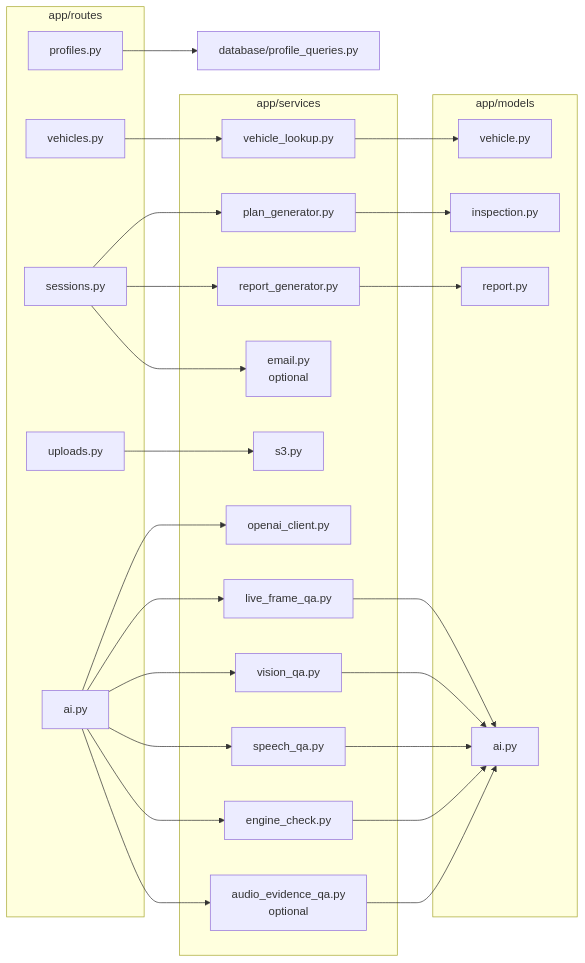
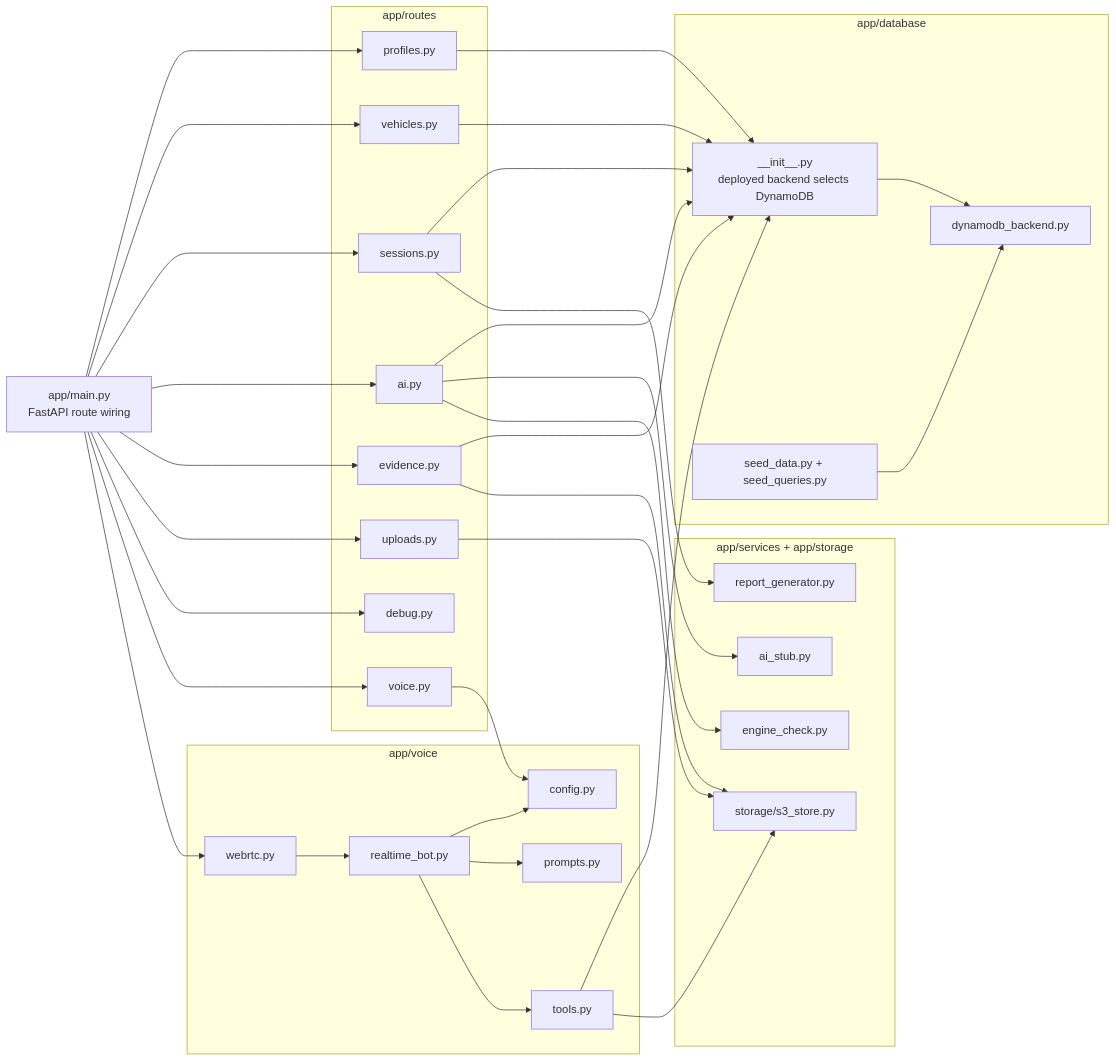
The fifth of 11 diagrams in ARCHITECTURE.md (adityabhattad2021/Inspection-Copilot), drawn with Mermaid before and after one commit. The commit also changed other lines of this file, not shown here.

Commit message:
docs: update architecture md

````diff
--- a/ARCHITECTURE.md
+++ b/ARCHITECTURE.md
@@ -152,55 +220,68 @@
 ```mermaid
 flowchart LR
+  Main["app/main.py<br/>FastAPI route wiring"]
+
   subgraph Routes["app/routes"]
     Profiles["profiles.py"]
     Vehicles["vehicles.py"]
     Sessions["sessions.py"]
+    AI["ai.py"]
+    Evidence["evidence.py"]
     Uploads["uploads.py"]
-    AI["ai.py"]
+    Debug["debug.py"]
+    Voice["voice.py"]
   end
 
-  subgraph Services["app/services"]
-    VehicleLookup["vehicle_lookup.py"]
-    PlanGen["plan_generator.py"]
-    S3Svc["s3.py"]
-    OpenAIClient["openai_client.py"]
-    LiveFrameQA["live_frame_qa.py"]
-    VisionQA["vision_qa.py"]
-    SpeechQA["speech_qa.py"]
-    EngineCheck["engine_check.py"]
-    AudioEvidenceQA["audio_evidence_qa.py<br/>optional"]
-    ReportGen["report_generator.py"]
-    EmailSvc["email.py<br/>optional"]
+  subgraph VoiceRuntime["app/voice"]
+    WebRTC["webrtc.py"]
+    Bot["realtime_bot.py"]
+    Config["config.py"]
+    Prompts["prompts.py"]
+    Tools["tools.py"]
   end
 
-  subgraph Models["app/models"]
-    VehicleModel["vehicle.py"]
-    InspectionModel["inspection.py"]
-    AIModel["ai.py"]
-    ReportModel["report.py"]
+  subgraph Persistence["app/database"]
+    Adapter["__init__.py<br/>deployed backend selects DynamoDB"]
+    Dynamo["dynamodb_backend.py"]
+    Seed["seed_data.py + seed_queries.py"]
   end
 
-  ProfileStore["database/profile_queries.py"]
+  subgraph Services["app/services + app/storage"]
+    AIStub["ai_stub.py"]
+    Engine["engine_check.py"]
+    Report["report_generator.py"]
+    S3Store["storage/s3_store.py"]
+  end
 
-  Profiles --> ProfileStore
-  Vehicles --> VehicleLookup
-  Sessions --> PlanGen
-  Uploads --> S3Svc
-  AI --> OpenAIClient
-  AI --> LiveFrameQA
-  AI --> VisionQA
-  AI --> SpeechQA
-  AI --> EngineCheck
-  AI --> AudioEvidenceQA
-  Sessions --> ReportGen
-  Sessions --> EmailSvc
+  Main --> Profiles
+  Main --> Vehicles
+  Main --> Sessions
+  Main --> AI
+  Main --> Evidence
+  Main --> Uploads
+  Main --> Debug
+  Main --> Voice
+  Main --> WebRTC
 
-  VehicleLookup --> VehicleModel
-  PlanGen --> InspectionModel
-  LiveFrameQA --> AIModel
-  VisionQA --> AIModel
-  SpeechQA --> AIModel
-  EngineCheck --> AIModel
-  AudioEvidenceQA --> AIModel
-  ReportGen --> ReportModel
+  Profiles --> Adapter
+  Vehicles --> Adapter
+  Sessions --> Adapter
+  AI --> Adapter
+  Evidence --> Adapter
+  Uploads --> S3Store
+  Evidence --> S3Store
+  Sessions --> Report
+  AI --> AIStub
+  AI --> Engine
+
+  Adapter --> Dynamo
+  Seed --> Dynamo
+
+  Voice --> Config
+  WebRTC --> Bot
+  Bot --> Config
+  Bot --> Prompts
+  Bot --> Tools
+  Tools --> Adapter
+  Tools --> S3Store
 ```
````
